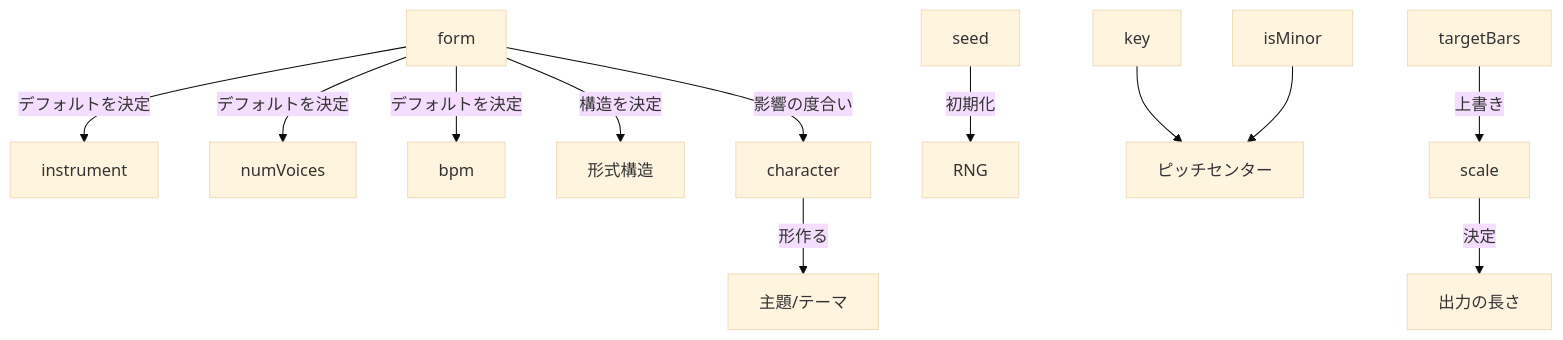
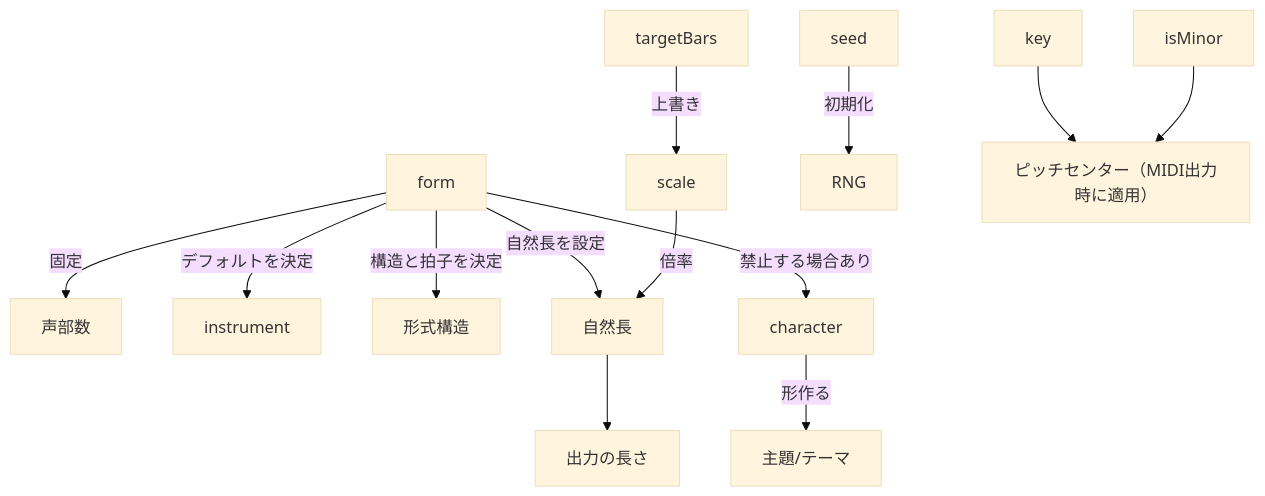
The first of 2 diagrams in src/ja/docs/option-relationships.md (libraz/midi-sketch-bach-homepage), drawn with Mermaid (base theme) before and after one commit. The commit also changed other lines of this file and 34 other files, not shown here.

````diff
--- a/src/ja/docs/option-relationships.md
+++ b/src/ja/docs/option-relationships.md
@@ -12,14 +12,15 @@
 ```mermaid
 graph TD
-    A["form"] -->|"デフォルトを決定"| B["instrument"]
-    A -->|"デフォルトを決定"| C["numVoices"]
-    A -->|"デフォルトを決定"| D["bpm"]
-    A -->|"構造を決定"| E["形式構造"]
-    F["scale"] -->|"決定"| G["出力の長さ"]
+    A["form"] -->|"固定"| C["声部数"]
+    A -->|"デフォルトを決定"| B["instrument"]
+    A -->|"構造と拍子を決定"| E["形式構造"]
+    A -->|"自然長を設定"| P["自然長"]
+    F["scale"] -->|"倍率"| P
+    P --> G["出力の長さ"]
     H["targetBars"] -->|"上書き"| F
     I["seed"] -->|"初期化"| J["RNG"]
-    K["key"] --> L["ピッチセンター"]
+    K["key"] --> L["ピッチセンター（MIDI出力時に適用）"]
     M["isMinor"] --> L
     N["character"] -->|"形作る"| O["主題/テーマ"]
-    A -->|"影響の度合い"| N
+    A -->|"禁止する場合あり"| N
 ```
````
